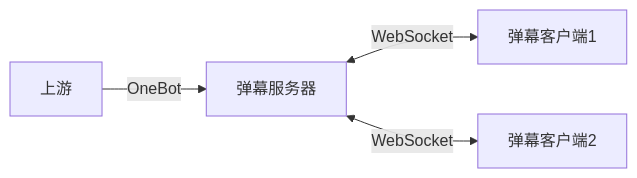
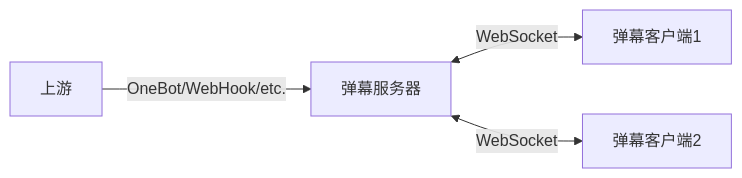
The diagram in README.md (PKUOriginalFire/danmaku-server), drawn with Mermaid before and after one commit. The commit also changed other lines of this file and 2 other files, not shown here.

````diff
--- a/README.md
+++ b/README.md
@@ -9,6 +9,6 @@
 ```mermaid
 graph LR
-    A[上游] -->|OneBot| B[弹幕服务器]
+    A[上游] -->|OneBot/WebHook/etc.| B[弹幕服务器]
     B <-->|WebSocket| C[弹幕客户端1]
     B <-->|WebSocket| D[弹幕客户端2]
 ```
````
